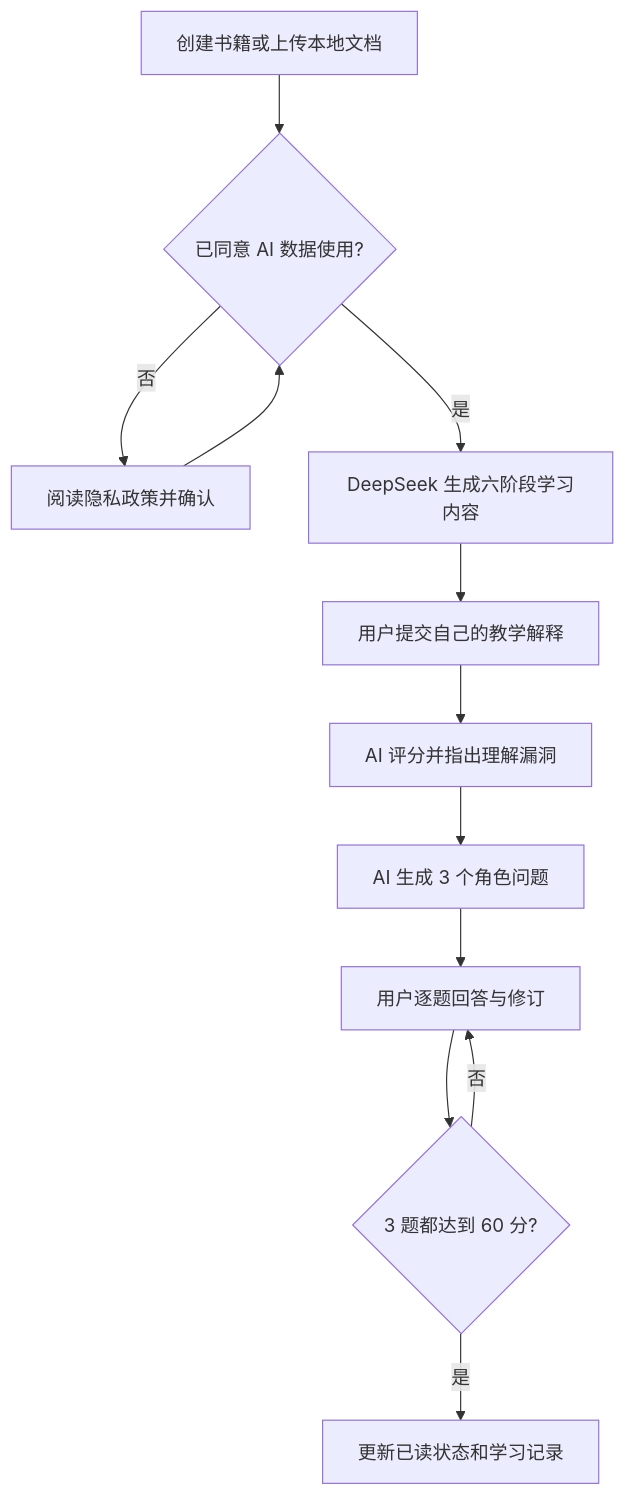
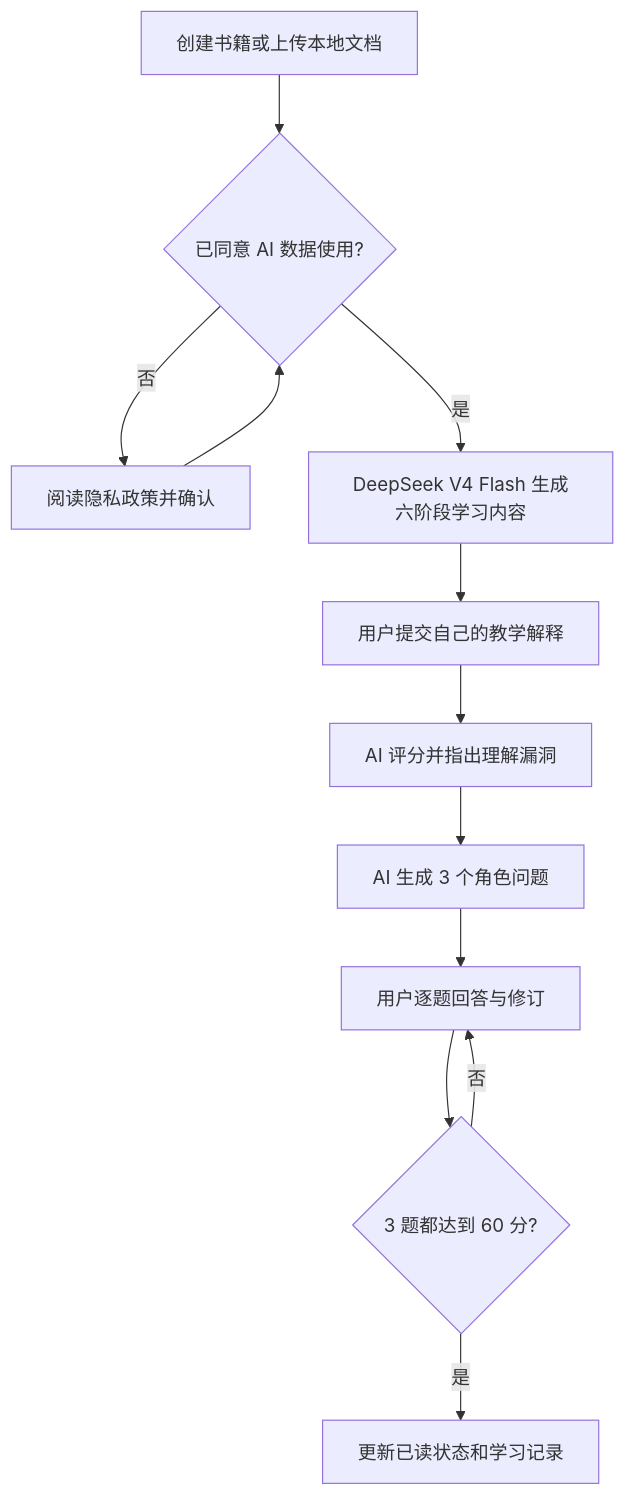
One commit to HachikoJ/Feynman-Reader changed the diagram in README.md. Above: the diagram before and after it, drawn with Mermaid. The commit also changed other lines of this file and 69 other files, not shown here.

````diff
--- a/README.md
+++ b/README.md
@@ -120,14 +126,14 @@
 ```mermaid
 flowchart TD
   A[创建书籍或上传本地文档] --> B{已同意 AI 数据使用?}
   B -- 否 --> C[阅读隐私政策并确认]
   C --> B
-  B -- 是 --> D[DeepSeek 生成六阶段学习内容]
+  B -- 是 --> D[DeepSeek V4 Flash 生成六阶段学习内容]
   D --> E[用户提交自己的教学解释]
   E --> F[AI 评分并指出理解漏洞]
   F --> G[AI 生成 3 个角色问题]
   G --> H[用户逐题回答与修订]
   H --> I{3 题都达到 60 分?}
   I -- 否 --> H
   I -- 是 --> J[更新已读状态和学习记录]
 ```
````
